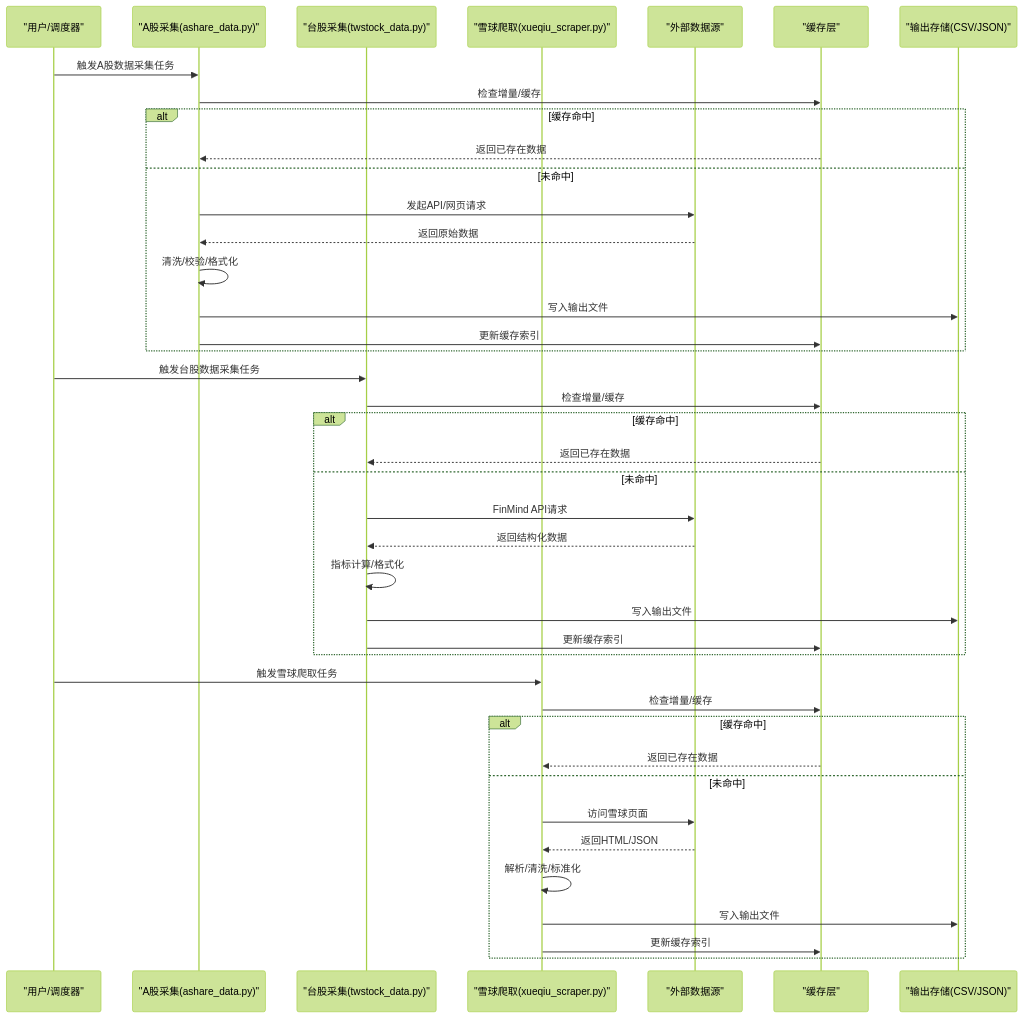
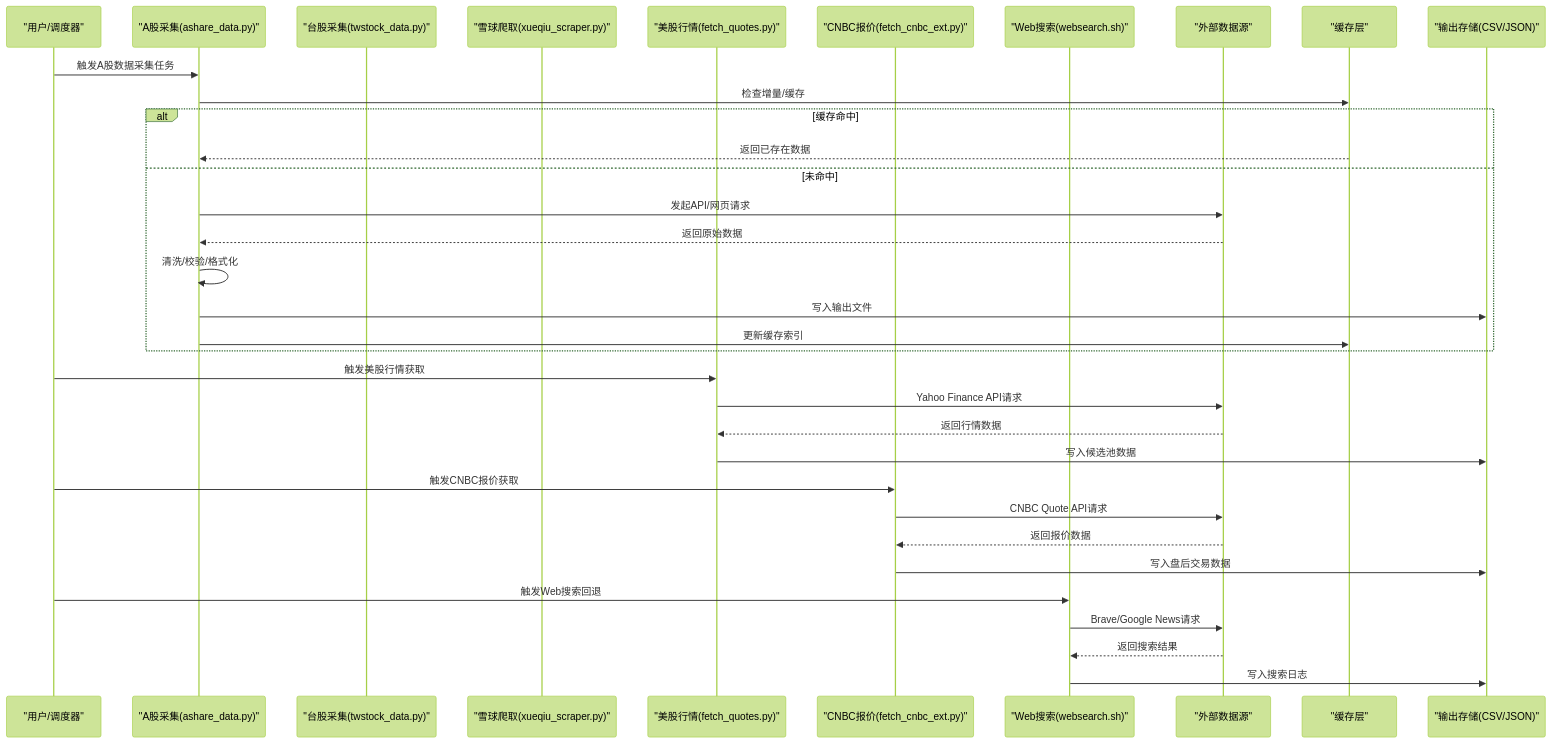
The second of 7 diagrams in .qoder/repowiki/zh/content/数据处理工具/数据采集工具.md (Ted-Engineer/ai-berkshire), drawn with Mermaid (forest theme) before and after one commit. The commit also changed other lines of this file and 76 other files, not shown here.

````diff
--- a/.qoder/repowiki/zh/content/数据处理工具/数据采集工具.md
+++ b/.qoder/repowiki/zh/content/数据处理工具/数据采集工具.md
@@ -108,43 +153,36 @@
 ```mermaid
 sequenceDiagram
 participant U as "用户/调度器"
 participant AS as "A股采集(ashare_data.py)"
 participant TS as "台股采集(twstock_data.py)"
 participant XS as "雪球爬取(xueqiu_scraper.py)"
+participant YQ as "美股行情(fetch_quotes.py)"
+participant CN as "CNBC报价(fetch_cnbc_ext.py)"
+participant WS as "Web搜索(websearch.sh)"
 participant SRC as "外部数据源"
 participant CACHE as "缓存层"
 participant OUT as "输出存储(CSV/JSON)"
 U->>AS : 触发A股数据采集任务
 AS->>CACHE : 检查增量/缓存
 alt 缓存命中
 CACHE-->>AS : 返回已存在数据
 else 未命中
 AS->>SRC : 发起API/网页请求
 SRC-->>AS : 返回原始数据
 AS->>AS : 清洗/校验/格式化
 AS->>OUT : 写入输出文件
 AS->>CACHE : 更新缓存索引
 end
-U->>TS : 触发台股数据采集任务
-TS->>CACHE : 检查增量/缓存
-alt 缓存命中
-CACHE-->>TS : 返回已存在数据
-else 未命中
-TS->>SRC : FinMind API请求
-SRC-->>TS : 返回结构化数据
-TS->>TS : 指标计算/格式化
-TS->>OUT : 写入输出文件
-TS->>CACHE : 更新缓存索引
-end
-U->>XS : 触发雪球爬取任务
-XS->>CACHE : 检查增量/缓存
-alt 缓存命中
-CACHE-->>XS : 返回已存在数据
-else 未命中
-XS->>SRC : 访问雪球页面
-SRC-->>XS : 返回HTML/JSON
-XS->>XS : 解析/清洗/标准化
-XS->>OUT : 写入输出文件
-XS->>CACHE : 更新缓存索引
-end
+U->>YQ : 触发美股行情获取
+YQ->>SRC : Yahoo Finance API请求
+SRC-->>YQ : 返回行情数据
+YQ->>OUT : 写入候选池数据
+U->>CN : 触发CNBC报价获取
+CN->>SRC : CNBC Quote API请求
+SRC-->>CN : 返回报价数据
+CN->>OUT : 写入盘后交易数据
+U->>WS : 触发Web搜索回退
+WS->>SRC : Brave/Google News请求
+SRC-->>WS : 返回搜索结果
+WS->>OUT : 写入搜索日志
 ```
````
